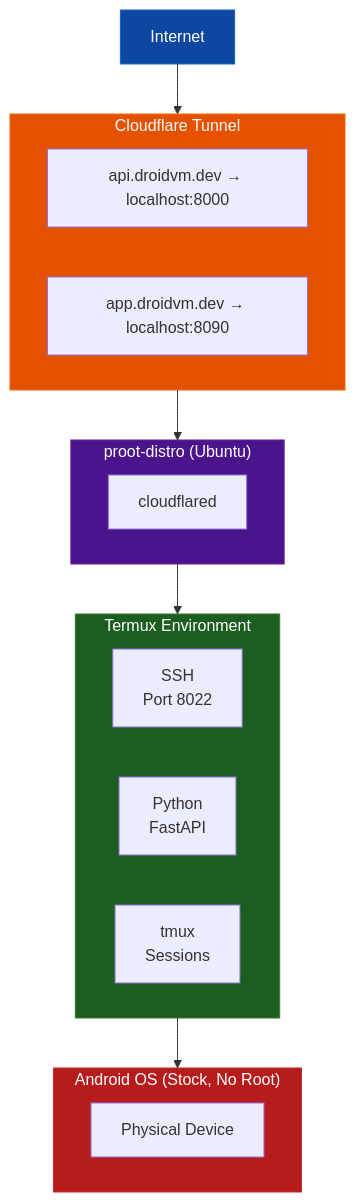
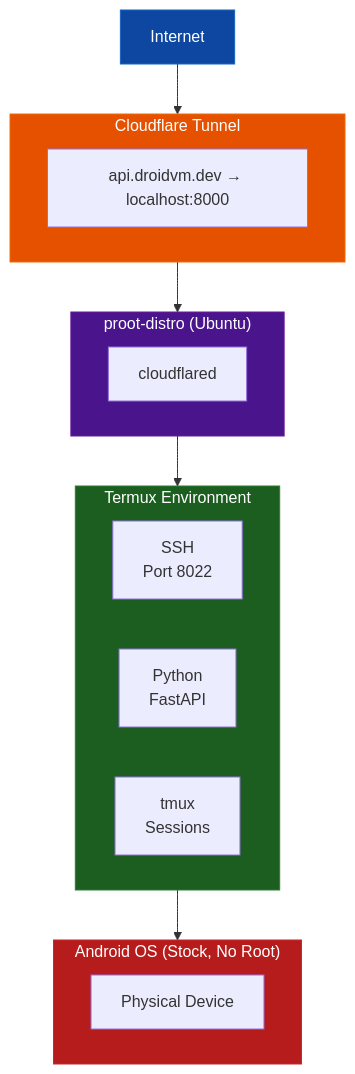
One commit to myselfshravan/droidvm changed the diagram in README.md. Above: the diagram before and after it, drawn with Mermaid. The commit also changed other lines of this file, not shown here.

````diff
--- a/README.md
+++ b/README.md
@@ -102,34 +83,33 @@
 ```mermaid
 graph TD
     Internet[Internet]
 
     subgraph Cloudflare["Cloudflare Tunnel"]
         CF_API["api.droidvm.dev → localhost:8000"]
-        CF_APP["app.droidvm.dev → localhost:8090"]
     end
 
     subgraph Proot["proot-distro (Ubuntu)"]
         Cloudflared["cloudflared"]
     end
 
     subgraph Termux["Termux Environment"]
         SSH["SSH<br/>Port 8022"]
         Python["Python<br/>FastAPI"]
         Tmux["tmux<br/>Sessions"]
     end
 
     subgraph Android["Android OS (Stock, No Root)"]
         Phone["Physical Device"]
     end
 
     Internet --> Cloudflare
     Cloudflare --> Proot
     Proot --> Termux
     Termux --> Android
 
     style Internet fill:#0d47a1,stroke:#1565c0,color:#ffffff
     style Cloudflare fill:#e65100,stroke:#ef6c00,color:#ffffff
     style Proot fill:#4a148c,stroke:#6a1b9a,color:#ffffff
     style Termux fill:#1b5e20,stroke:#2e7d32,color:#ffffff
     style Android fill:#b71c1c,stroke:#c62828,color:#ffffff
 ```
````
